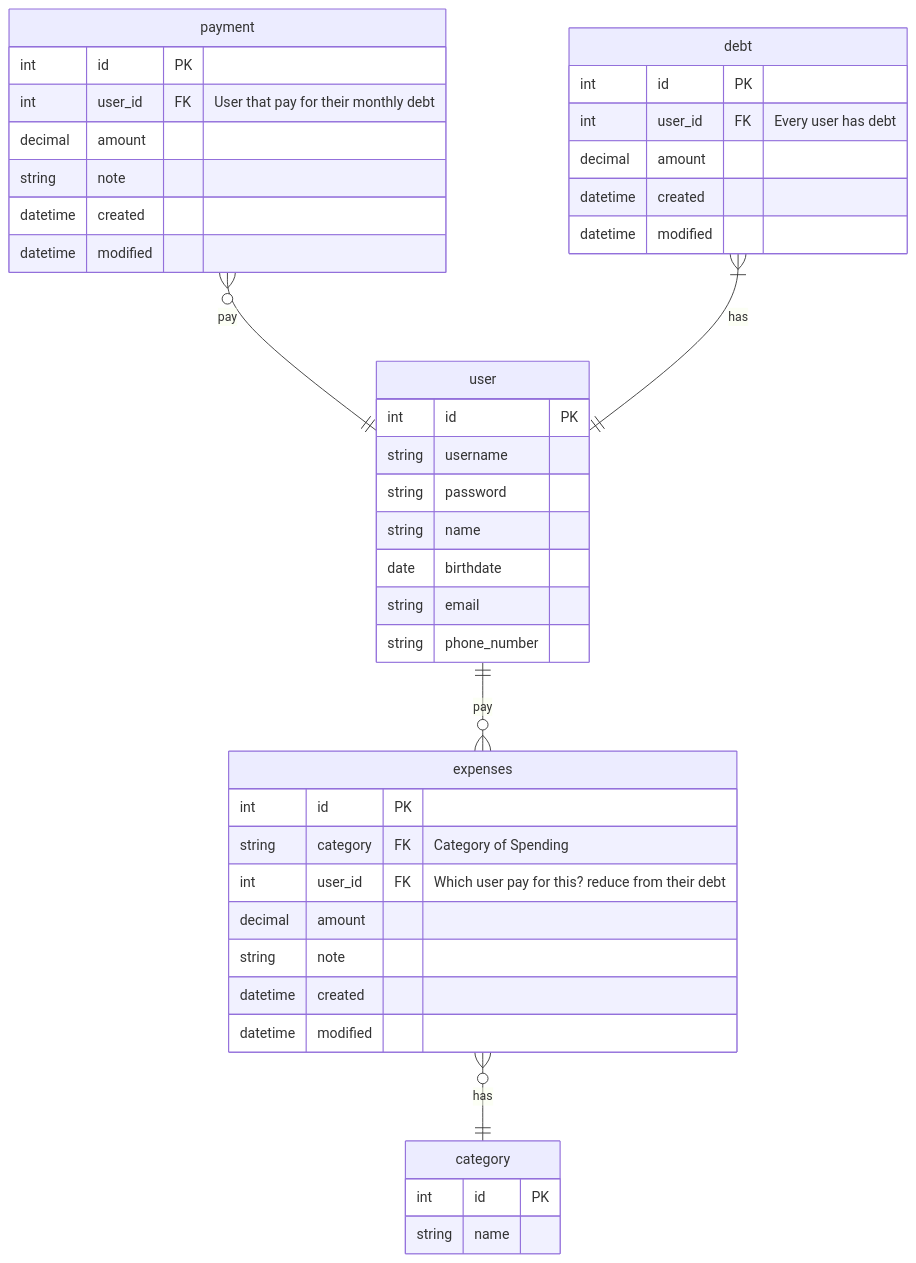
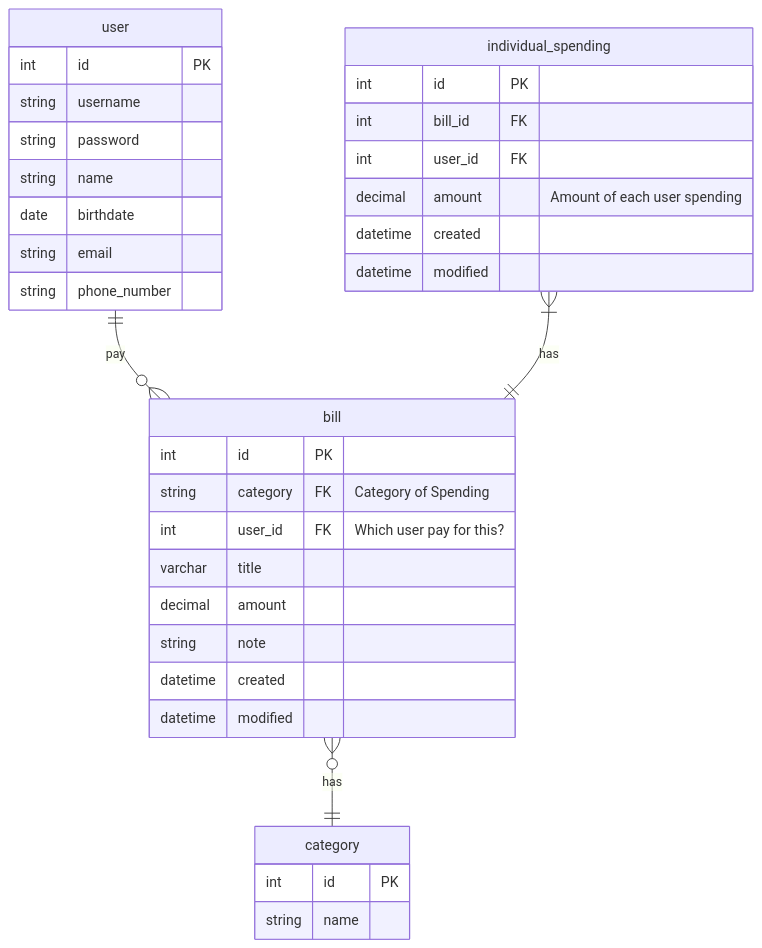
One commit to Skyquek/Trip-Bill-Management-System changed the second of 2 diagrams in mini-project/Readme.md. Above: the diagram before and after it, drawn with Mermaid. The commit also changed other lines of this file and 4 other files, not shown here.

````diff
--- a/mini-project/Readme.md
+++ b/mini-project/Readme.md
@@ -60,48 +29,40 @@
 ```mermaid
 erDiagram
-    user ||--o{ expenses : pay
+    user ||--o{ bill : pay
     user {
         int id PK
         string username
         string password
         string name
         date birthdate
         string email
         string phone_number
     }
 
-    expenses }o--|| category: "has"
-    expenses {
+    bill }o--|| category: "has"
+    bill {
         int id PK
         string category FK "Category of Spending"
-        int user_id FK "Which user pay for this? reduce from their debt"
+        int user_id FK "Which user pay for this?"
+        varchar title
         decimal amount
         string note
+        datetime created
+        datetime modified
+    }
+
+    individual_spending }|--|| bill: "has"
+    individual_spending {
+        int id PK
+        int bill_id FK
+        int user_id FK
+        decimal amount "Amount of each user spending"
         datetime created
         datetime modified
     }
 
     category {
         int id PK
         string name
     }
-
-    payment o{--|| user: pay
-    payment {
-        int id PK
-        int user_id FK "User that pay for their monthly debt"
-        decimal amount
-        string note
-        datetime created
-        datetime modified
-    }
-
-    debt |{--|| user : "has"
-    debt {
-        int id PK
-        int user_id FK "Every user has debt"
-        decimal amount
-        datetime created
-        datetime modified
-    }
 ```
````
